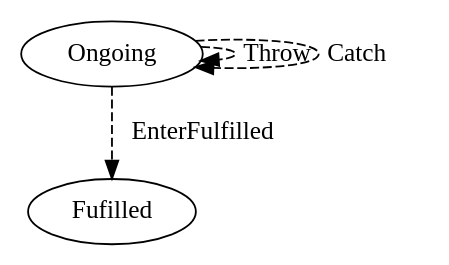
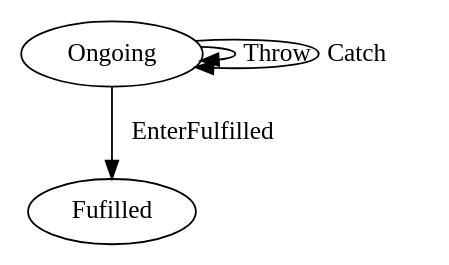
Before and after one commit to Marcao02/complaw-deeptech: the diagram in linear_state_machine_language/pyL4/examples/out_graphviz/toy_and_teaching/minimal_future-actions2.dot, drawn with Graphviz. The commit also changed 42 other files, not shown here.

Commit message:
optional effective path length bound in goodenough/flood example. solid not dashed lines in graphviz output.

```diff
--- a/linear_state_machine_language/pyL4/examples/out_graphviz/toy_and_teaching/minimal_future-actions2.dot
+++ b/linear_state_machine_language/pyL4/examples/out_graphviz/toy_and_teaching/minimal_future-actions2.dot
@@ -1,19 +1,19 @@
 // THIS IS A GENERATED FILE. DO NOT EDIT.
 
 digraph test_contract_2_for_must_later {    
     Fulfilled[label=Fufilled];
     Ongoing[label=Ongoing]
         
     
          
     
     
     
     
-    Ongoing -> Fulfilled [style=dashed,label=EnterFulfilled];
+    Ongoing -> Fulfilled [label=EnterFulfilled];
 	     
     
-    Ongoing -> Ongoing [style=dashed,label=Throw];
-	Ongoing -> Ongoing [style=dashed,label=Catch];
+    Ongoing -> Ongoing [label=Throw];
+	Ongoing -> Ongoing [label=Catch];
 	   
 }
```
